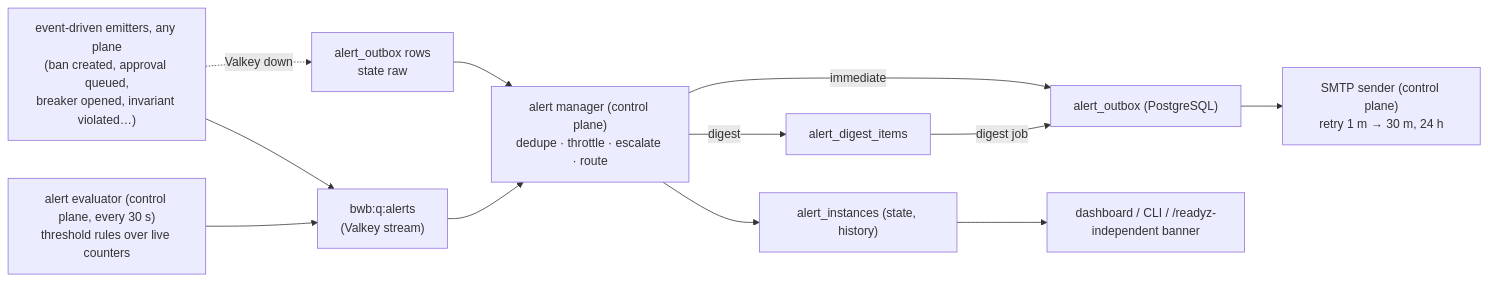
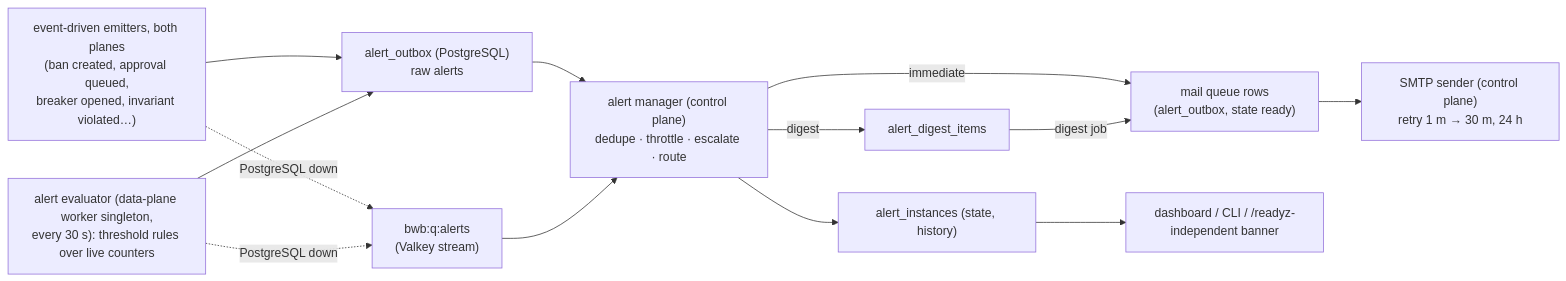
Before and after one commit to Web3Abbas/Shamel: the fifth of 7 diagrams in docs/design/05-operations.md, drawn with Mermaid. The commit also changed other lines of this file and 1 other file, not shown here.

````diff
--- a/docs/design/05-operations.md
+++ b/docs/design/05-operations.md
@@ -1215,14 +1221,15 @@
 ```mermaid
 flowchart LR
-  ev["event-driven emitters, any plane<br/>(ban created, approval queued,<br/>breaker opened, invariant violated…)"] --> q["bwb:q:alerts<br/>(Valkey stream)"]
-  ev -.->|"Valkey down"| raw["alert_outbox rows<br/>state raw"]
-  raw --> m
-  ev2["alert evaluator (control plane, every 30 s)<br/>threshold rules over live counters"] --> q
-  q --> m["alert manager (control plane)<br/>dedupe · throttle · escalate · route"]
-  m -->|"immediate"| ob["alert_outbox (PostgreSQL)"]
+  ev["event-driven emitters, both planes<br/>(ban created, approval queued,<br/>breaker opened, invariant violated…)"] --> ob["alert_outbox (PostgreSQL)<br/>raw alerts"]
+  ev2["alert evaluator (data-plane worker singleton,<br/>every 30 s): threshold rules over live counters"] --> ob
+  ev -.->|"PostgreSQL down"| q["bwb:q:alerts<br/>(Valkey stream)"]
+  ev2 -.->|"PostgreSQL down"| q
+  ob --> m["alert manager (control plane)<br/>dedupe · throttle · escalate · route"]
+  q --> m
+  m -->|"immediate"| mail["mail queue rows<br/>(alert_outbox, state ready)"]
   m -->|"digest"| dg["alert_digest_items"]
-  dg -->|"digest job"| ob
-  ob --> smtp["SMTP sender (control plane)<br/>retry 1 m → 30 m, 24 h"]
+  dg -->|"digest job"| mail
+  mail --> smtp["SMTP sender (control plane)<br/>retry 1 m → 30 m, 24 h"]
   m --> inst["alert_instances (state, history)"]
   inst --> dash["dashboard / CLI / /readyz-independent banner"]
 ```
````
